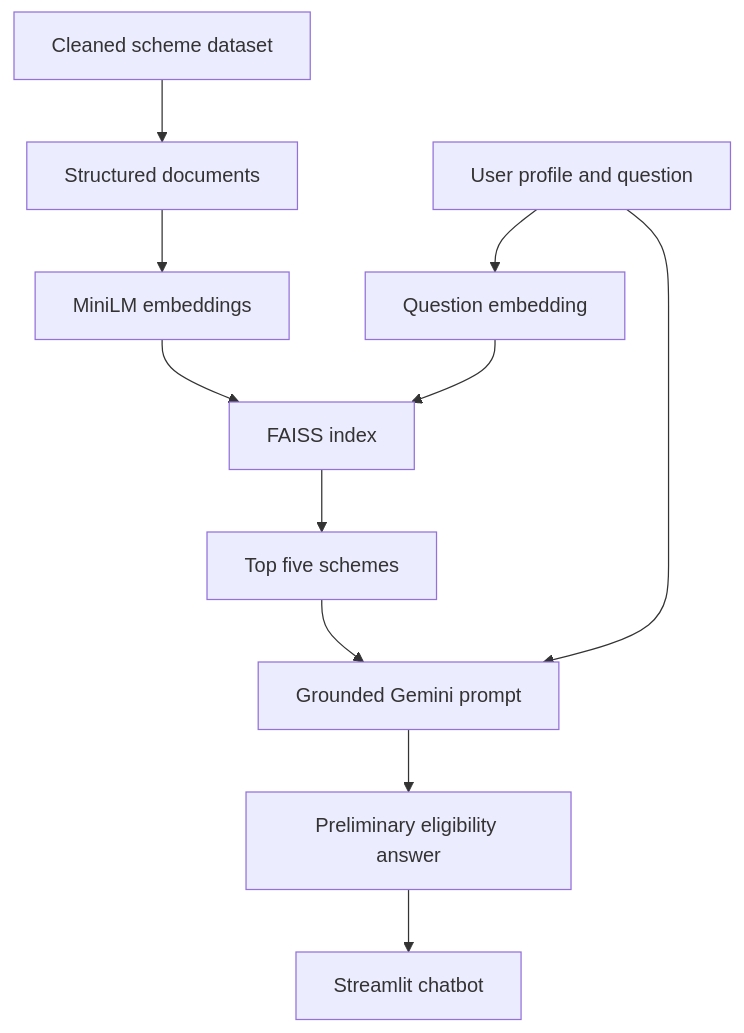
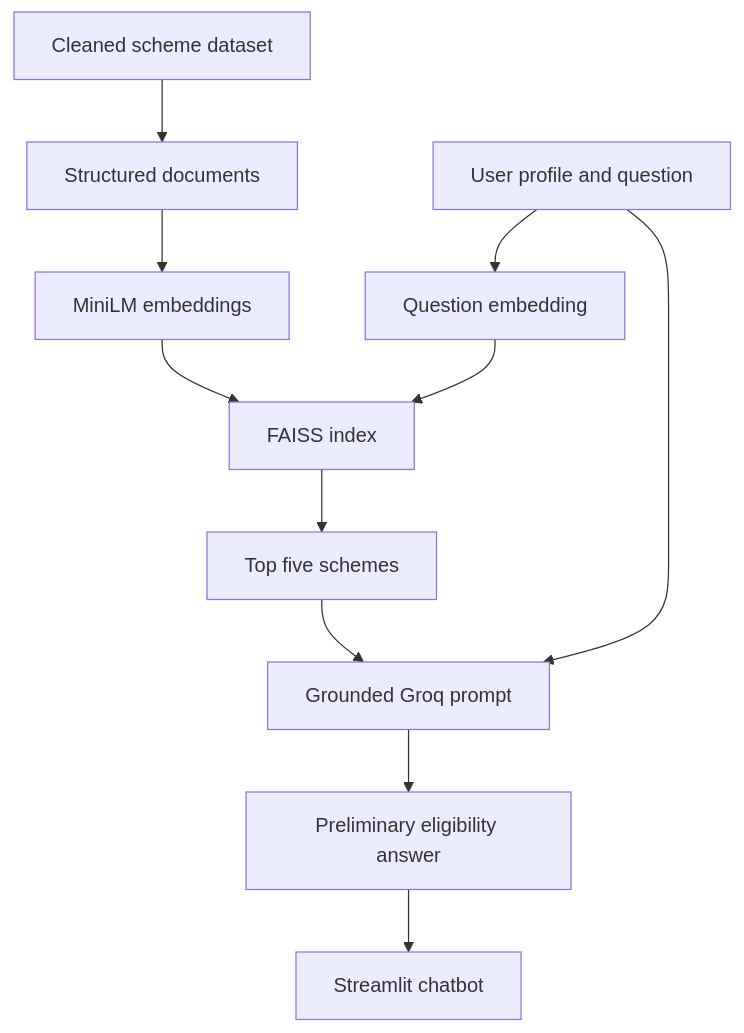
One commit to Bhavanasri30/government_scheme_rag_chatbot changed the diagram in README.md. Above: the diagram before and after it, drawn with Mermaid. The commit also changed other lines of this file and 7 other files, not shown here.

````diff
--- a/README.md
+++ b/README.md
@@ -192,13 +192,13 @@
 ```mermaid
 flowchart TD
     A["Cleaned scheme dataset"] --> B["Structured documents"]
     B --> C["MiniLM embeddings"]
     C --> D["FAISS index"]
     E["User profile and question"] --> F["Question embedding"]
     F --> D
     D --> G["Top five schemes"]
-    G --> H["Grounded Gemini prompt"]
+    G --> H["Grounded Groq prompt"]
     E --> H
     H --> I["Preliminary eligibility answer"]
     I --> J["Streamlit chatbot"]
 ```
````
